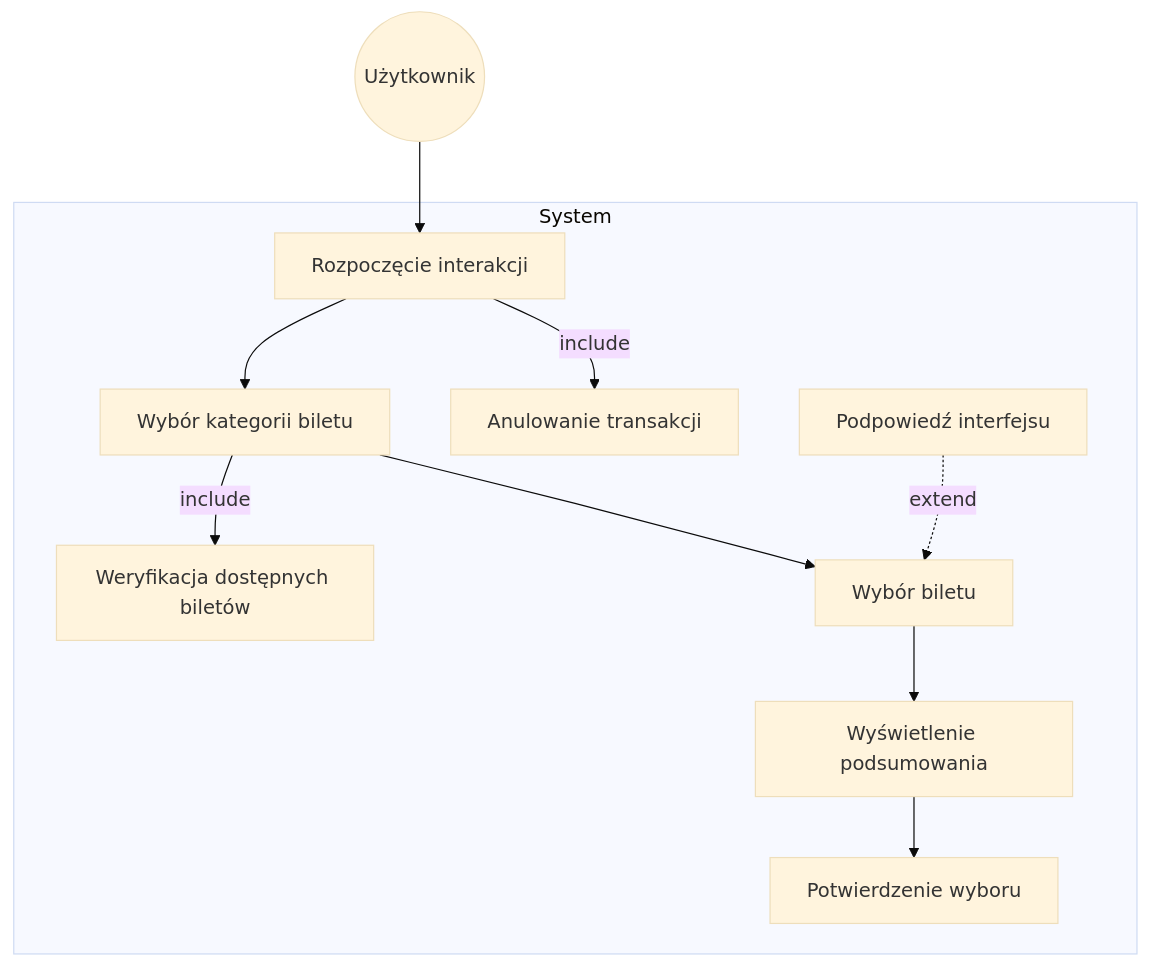
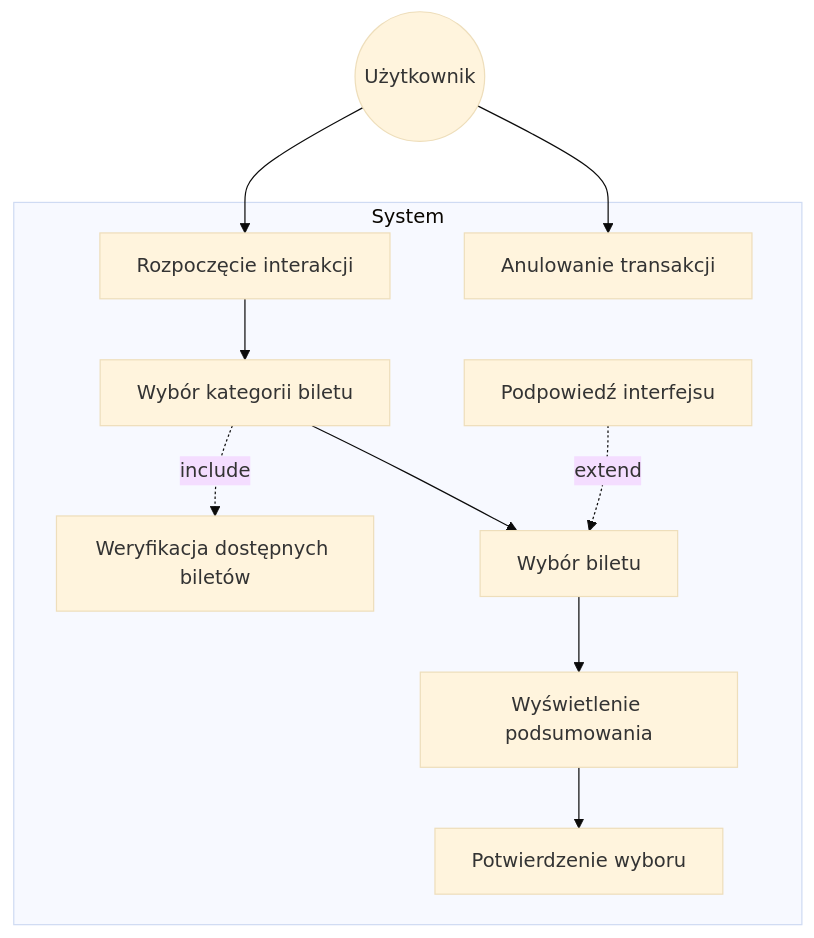
The first of 5 diagrams in Historie dla użytkownika.md (ArtemOmelchenk0/MWO), drawn with Mermaid (base theme) before and after one commit. The commit also changed other lines of this file, not shown here.

Commit message:
Update UC diagrams for użytkownik.md

````diff
--- a/Historie dla użytkownika.md
+++ b/Historie dla użytkownika.md
@@ -13,33 +13,33 @@
 ```mermaid
 graph TB
     User((Użytkownik))
 
     UseCase1[Rozpoczęcie interakcji]
     UseCase2[Wybór kategorii biletu]
     UseCase3[Wybór biletu]
     UseCase4[Wyświetlenie podsumowania]
     UseCase5[Potwierdzenie wyboru]
     UseCase6[Anulowanie transakcji]
     UseCase7[Podpowiedź interfejsu]
     UseCase8[Weryfikacja dostępnych biletów]
 
     User --> UseCase1
+    User --> UseCase6
     UseCase1 --> UseCase2
-    UseCase1 --include-->UseCase6
-    UseCase2 --include--> UseCase8
+    UseCase2 -.include.-> UseCase8
     UseCase2 --> UseCase3
     UseCase3 --> UseCase4
     UseCase4 --> UseCase5
     UseCase7 -.extend.-> UseCase3
 
     subgraph System
         UseCase1
         UseCase2
         UseCase3
         UseCase4
         UseCase5
         UseCase6
         UseCase7
         UseCase8
     end
 ```
````
